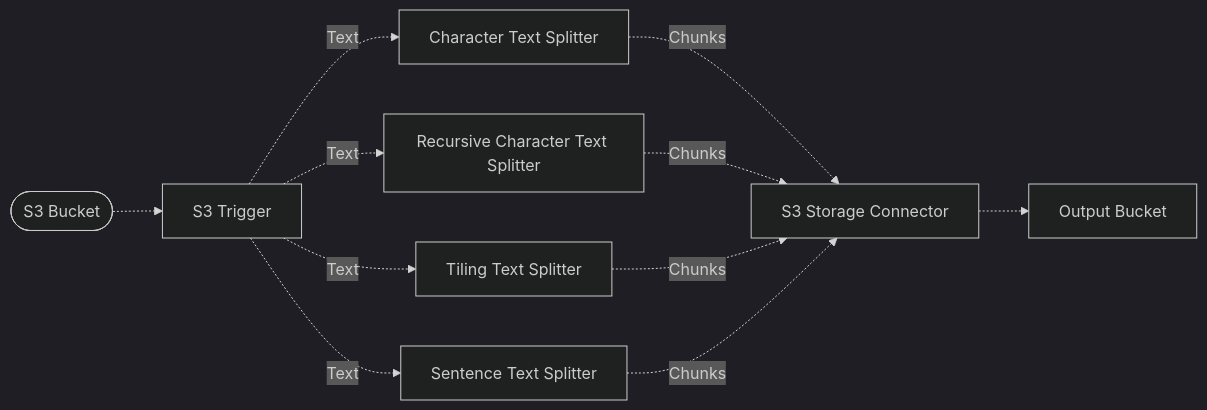
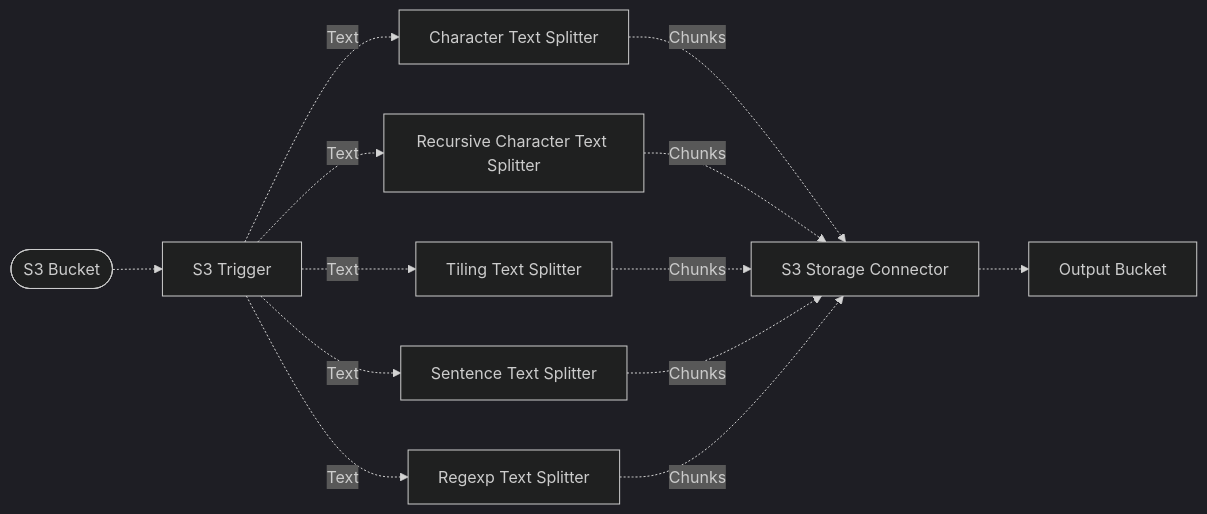
The diagram in examples/simple-pipelines/text-splitting-pipeline/README.md (awslabs/project-lakechain), drawn with Mermaid (dark theme) before and after one commit. The commit also changed other lines of this file and 370 other files, not shown here.

````diff
--- a/examples/simple-pipelines/text-splitting-pipeline/README.md
+++ b/examples/simple-pipelines/text-splitting-pipeline/README.md
@@ -7,13 +7,15 @@
 ```mermaid
 flowchart LR
   Bucket([S3 Bucket]) -.-> S3[S3 Trigger]
   S3 -. Text .-> Character[Character Text Splitter]
   S3 -. Text .-> Recursive[Recursive Character Text Splitter]
   S3 -. Text .-> Tiling[Tiling Text Splitter]
   S3 -. Text .-> Sentence[Sentence Text Splitter]
+  S3 -. Text .-> Regexp[Regexp Text Splitter]
   Character -. Chunks .-> S3Storage[S3 Storage Connector]
   Recursive -. Chunks .-> S3Storage
   Tiling -. Chunks .-> S3Storage
   Sentence -. Chunks .-> S3Storage
+  Regexp -. Chunks .-> S3Storage
   S3Storage -.-> Output[Output Bucket]
 ```
````
